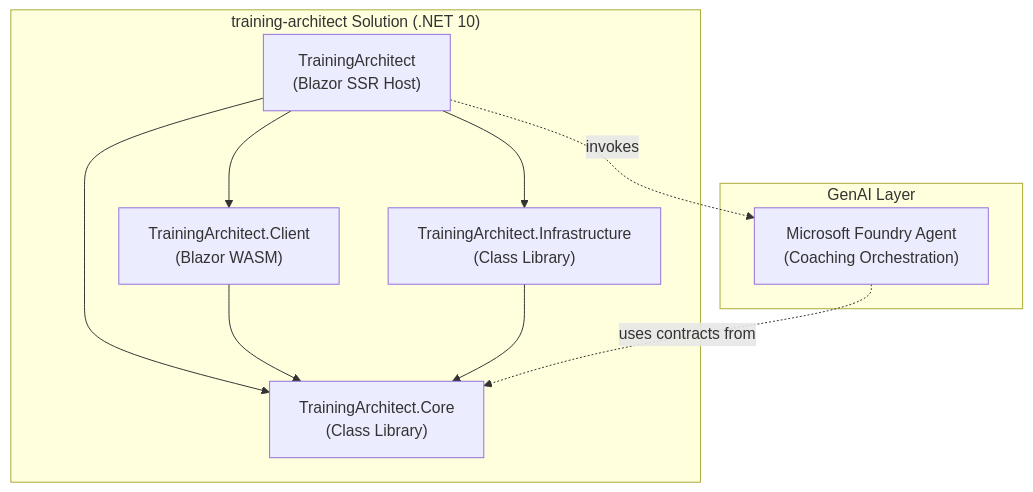
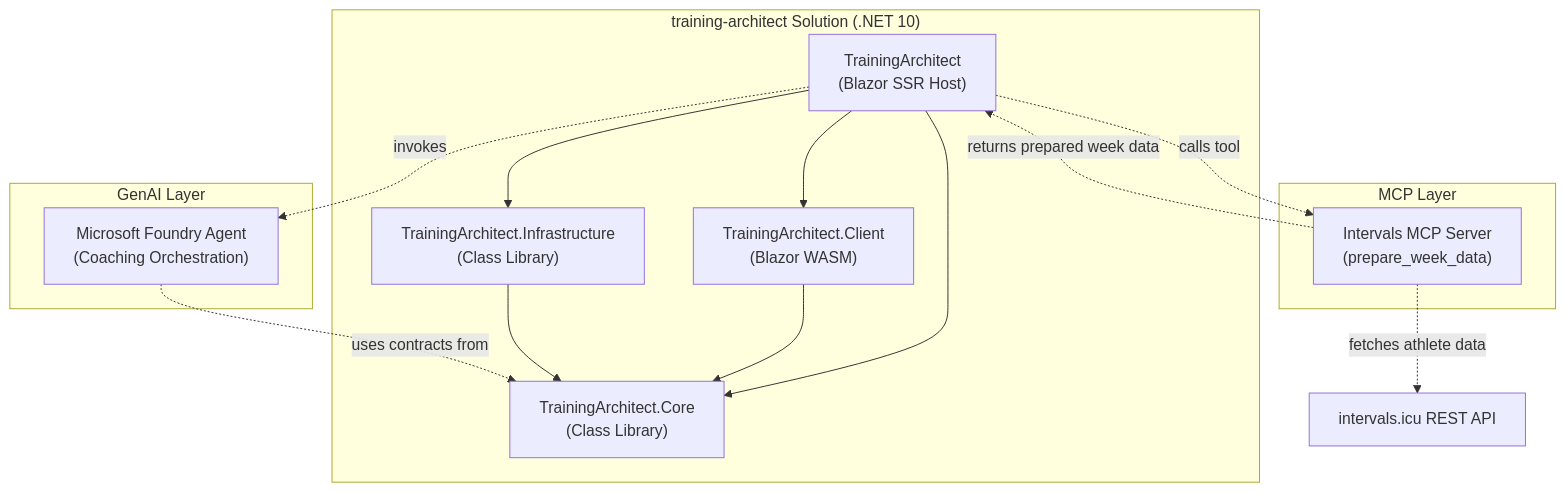
One commit to rbrands/training-architect changed the diagram in README.md. Above: the diagram before and after it, drawn with Mermaid. The commit also changed other lines of this file and 34 other files, not shown here.

First line of the commit message:
Implementing of "Connect" to intervals MCP server (#4)

````diff
--- a/README.md
+++ b/README.md
@@ -38,21 +39,30 @@
 ```mermaid
 graph TD
     subgraph Solution["training-architect Solution (.NET 10)"]
         BA["TrainingArchitect\n(Blazor SSR Host)"]
         BAC["TrainingArchitect.Client\n(Blazor WASM)"]
         CORE["TrainingArchitect.Core\n(Class Library)"]
         INFRA["TrainingArchitect.Infrastructure\n(Class Library)"]
     end
 
   subgraph GenAI["GenAI Layer"]
     FDRY["Microsoft Foundry Agent\n(Coaching Orchestration)"]
   end
 
+  subgraph MCP["MCP Layer"]
+    IMCP["Intervals MCP Server\n(prepare_week_data)"]
+  end
+
+  INTV["intervals.icu REST API"]
+
     BA --> BAC
     BA --> CORE
     BA --> INFRA
     BAC --> CORE
     INFRA --> CORE
   BA -. invokes .-> FDRY
+  BA -. calls tool .-> IMCP
+  IMCP -. fetches athlete data .-> INTV
+  IMCP -. returns prepared week data .-> BA
   FDRY -. uses contracts from .-> CORE
 ```
````
